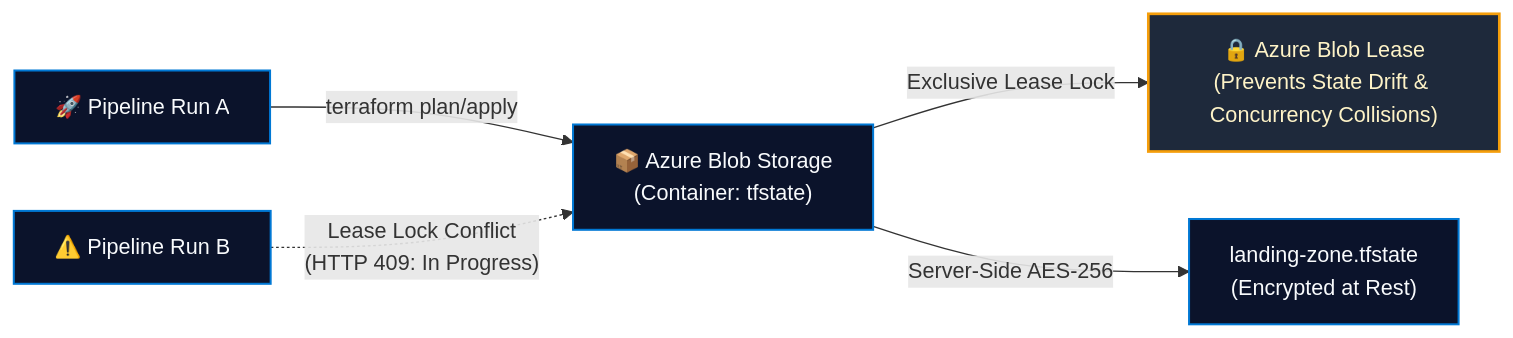
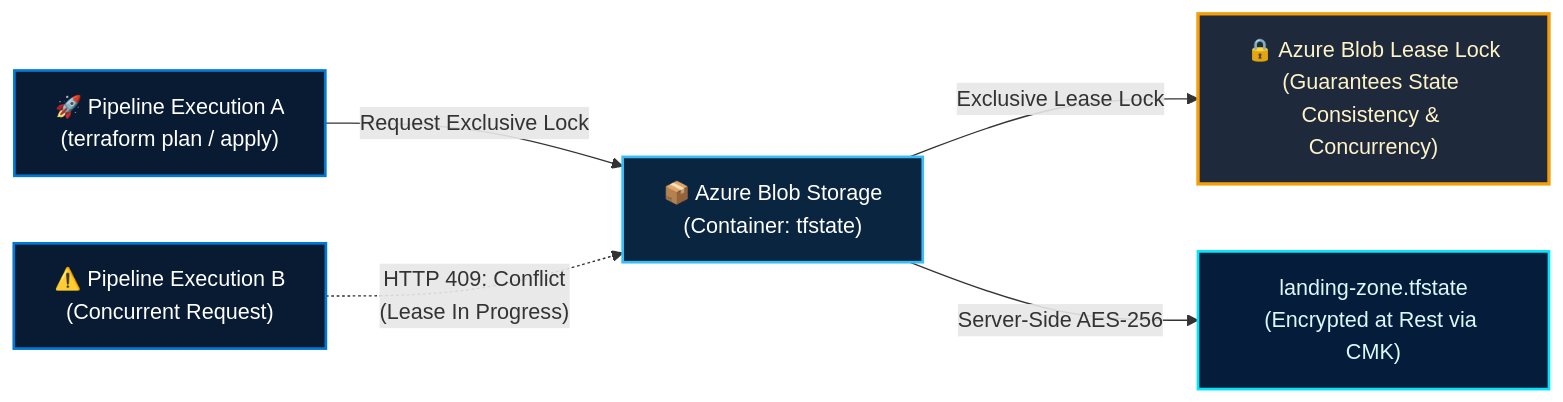
The third of 4 diagrams in README.md (Dev-opsRahul/Dev-opsRahul), drawn with Mermaid before and after one commit. The commit also changed other lines of this file and 1 other file, not shown here.

````diff
--- a/README.md
+++ b/README.md
@@ -308,11 +270,13 @@
 ```mermaid
 flowchart LR
-    Pipeline1["🚀 Pipeline Run A"] -->|"terraform plan/apply"| Blob["📦 Azure Blob Storage\n(Container: tfstate)"]
-    Pipeline2["⚠️ Pipeline Run B"] -.->|"Lease Lock Conflict\n(HTTP 409: In Progress)"| Blob
-    Blob -->|"Exclusive Lease Lock"| Lock["🔒 Azure Blob Lease\n(Prevents State Drift & Concurrency Collisions)"]
-    Blob -->|"Server-Side AES-256"| StateFile["landing-zone.tfstate\n(Encrypted at Rest)"]
+    %% COLORFUL ENTERPRISE BLUE PALETTE
+    classDef pipeline fill:#081B33,stroke:#0078D4,stroke-width:2px,color:#FFFFFF;
+    classDef blob fill:#0A2540,stroke:#38BDF8,stroke-width:2px,color:#FFFFFF;
+    classDef lock fill:#1E293B,stroke:#F59E0B,stroke-width:2.5px,color:#FEF3C7;
+    classDef state fill:#051D3B,stroke:#00E5FF,stroke-width:2px,color:#E0F7FA;
 
-    classDef default fill:#0B132B,stroke:#0078D4,stroke-width:1.5px,color:#F8FAFC;
-    classDef lock fill:#1E293B,stroke:#F59E0B,stroke-width:2px,color:#FEF3C7;
-    class Lock lock;
+    Pipeline1["🚀 Pipeline Execution A\n(terraform plan / apply)"]:::pipeline -->|"Request Exclusive Lock"| Blob["📦 Azure Blob Storage\n(Container: tfstate)"]:::blob
+    Pipeline2["⚠️ Pipeline Execution B\n(Concurrent Request)"]:::pipeline -.->|"HTTP 409: Conflict\n(Lease In Progress)"| Blob
+    Blob -->|"Exclusive Lease Lock"| Lock["🔒 Azure Blob Lease Lock\n(Guarantees State Consistency & Concurrency)"]:::lock
+    Blob -->|"Server-Side AES-256"| StateFile["landing-zone.tfstate\n(Encrypted at Rest via CMK)"]:::state
 ```
````
